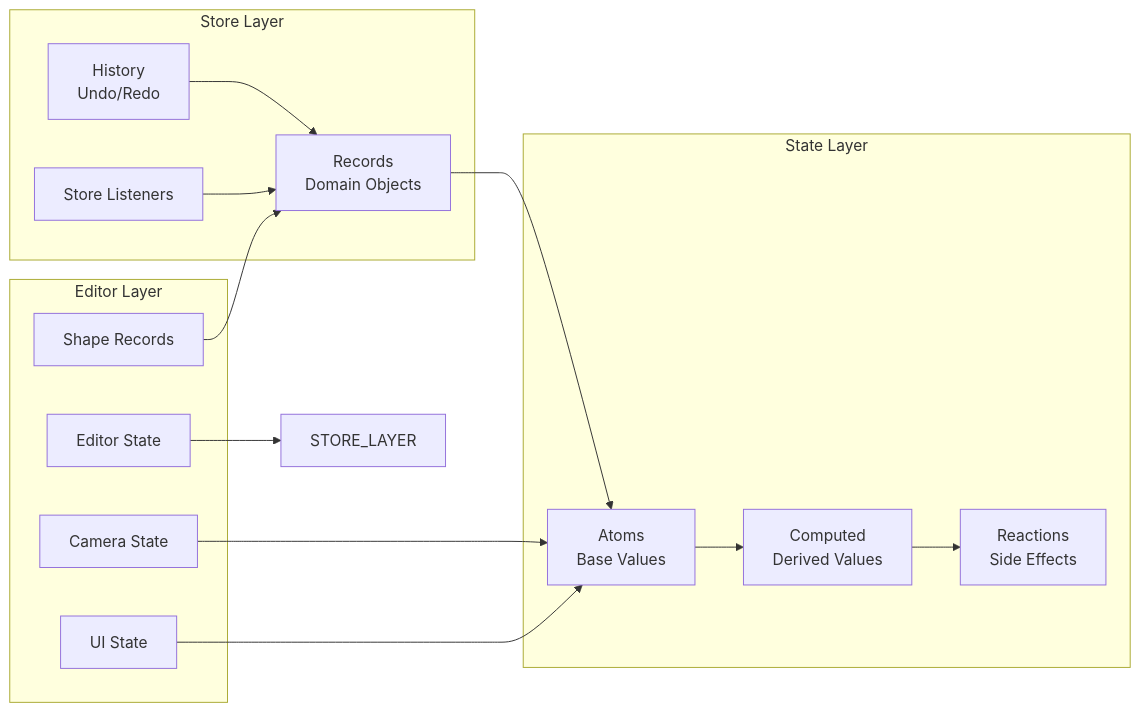
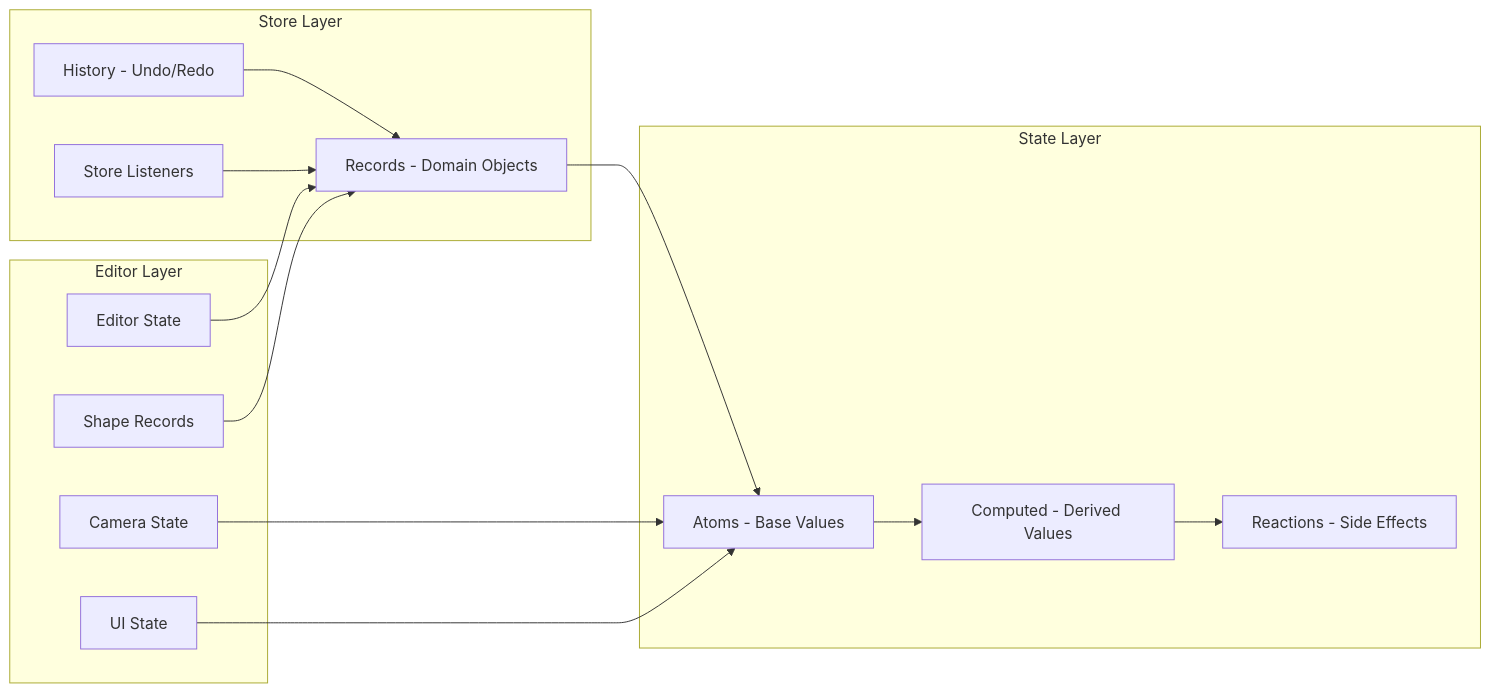
One commit to rysuds/tldraw changed the fifth of 11 diagrams in architecture.md. Above: the diagram before and after it, drawn with Mermaid. The commit also changed other lines of this file, not shown here.

Commit message:
Refactor: Update architecture diagrams to use hyphens

````diff
--- a/architecture.md
+++ b/architecture.md
@@ -257,33 +257,33 @@
 ```mermaid
 graph LR
     subgraph "State Layer"
-        ATOMS[Atoms<br/>Base Values]
-        COMPUTED[Computed<br/>Derived Values]
-        REACTIONS[Reactions<br/>Side Effects]
+        ATOMS[Atoms - Base Values]
+        COMPUTED[Computed - Derived Values]
+        REACTIONS[Reactions - Side Effects]
     end
     
     subgraph "Store Layer"
-        RECORDS[Records<br/>Domain Objects]
-        HISTORY[History<br/>Undo/Redo]
+        RECORDS[Records - Domain Objects]
+        HISTORY[History - Undo/Redo]
         LISTENERS[Store Listeners]
     end
     
     subgraph "Editor Layer"
         EDITOR_STATE[Editor State]
         SHAPES[Shape Records]
         CAMERA[Camera State]
         UI_STATE[UI State]
     end
     
     ATOMS --> COMPUTED
     COMPUTED --> REACTIONS
     
     RECORDS --> ATOMS
     HISTORY --> RECORDS
     LISTENERS --> RECORDS
     
-    EDITOR_STATE --> STORE_LAYER
+    EDITOR_STATE --> RECORDS
     SHAPES --> RECORDS
     CAMERA --> ATOMS
     UI_STATE --> ATOMS
 ```
````
